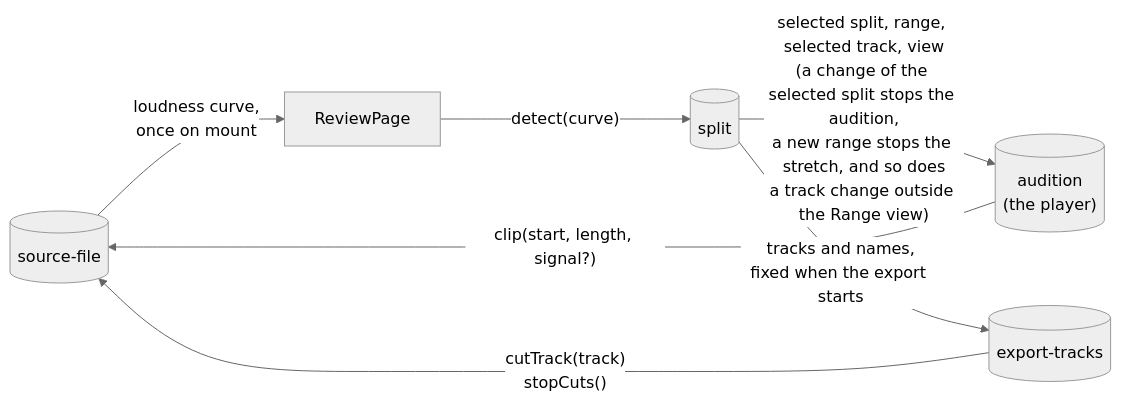
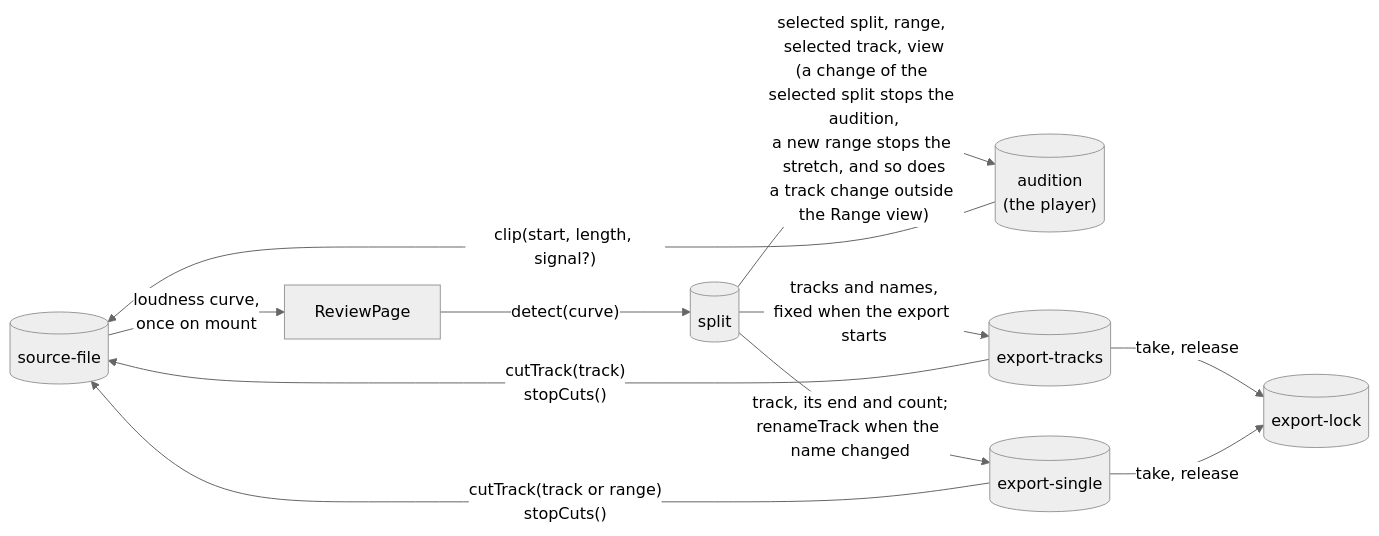
Before and after one commit to suleymanyaryev/audio-splitter: the first of 9 diagrams in docs/architecture.md, drawn with Mermaid (neutral theme). The commit also changed other lines of this file and 28 other files, not shown here.

First line of the commit message:
feat: single export of a track and of the range

````diff
--- a/docs/architecture.md
+++ b/docs/architecture.md
@@ -19,15 +21,21 @@
 ```mermaid
 flowchart LR
   sourceFile[("source-file")]
   split[("split")]
   audition[("audition<br/>(the player)")]
   exporter[("export-tracks")]
+  exporterSingle[("export-single")]
+  exportLock[("export-lock")]
   reviewPage["ReviewPage"]
 
   sourceFile -- "loudness curve,<br/>once on mount" --> reviewPage
   reviewPage -- "detect(curve)" --> split
   split -- "selected split, range, selected track, view<br/>(a change of the selected split stops the audition,<br/>a new range stops the stretch, and so does<br/>a track change outside the Range view)" --> audition
   audition -- "clip(start, length, signal?)" --> sourceFile
   split -- "tracks and names,<br/>fixed when the export starts" --> exporter
   exporter -- "cutTrack(track)<br/>stopCuts()" --> sourceFile
+  split -- "track, its end and count;<br/>renameTrack when the name changed" --> exporterSingle
+  exporterSingle -- "cutTrack(track or range)<br/>stopCuts()" --> sourceFile
+  exporter -- "take, release" --> exportLock
+  exporterSingle -- "take, release" --> exportLock
 ```
````
